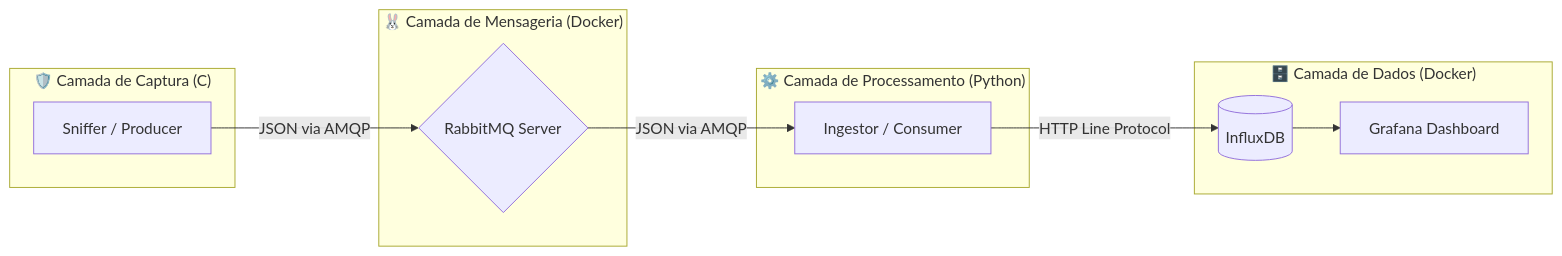
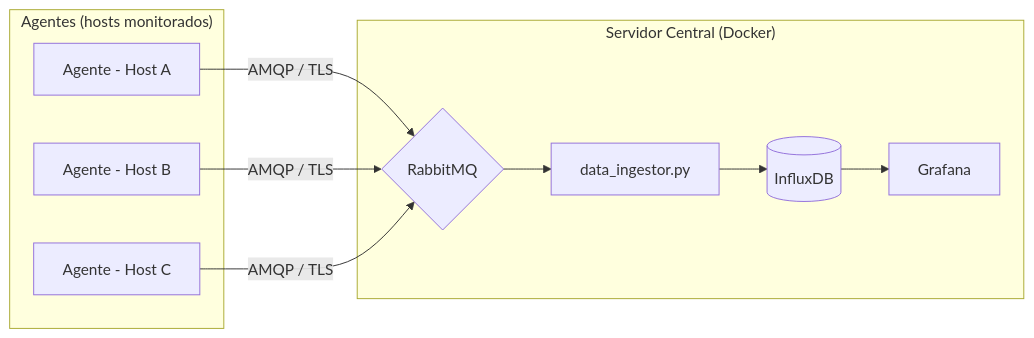
One commit to EduardoMartins-Dev/Network-Traffic-Analyzer changed the diagram in README.md. Above: the diagram before and after it, drawn with Mermaid. The commit also changed other lines of this file and 9 other files, not shown here.

First line of the commit message:
feat(v3): implement agent/server architecture with cross-platform support

````diff
--- a/README.md
+++ b/README.md
@@ -30,24 +34,22 @@
 ```mermaid
 flowchart LR
-    subgraph Capture["🛡️ Camada de Captura (C)"]
-        A[Sniffer / Producer]
+    subgraph Agents["Agentes (hosts monitorados)"]
+        A1[Agente - Host A]
+        A2[Agente - Host B]
+        A3[Agente - Host C]
     end
 
-    subgraph Broker["🐰 Camada de Mensageria (Docker)"]
-        B{RabbitMQ Server}
+    subgraph Server["Servidor Central (Docker)"]
+        B{RabbitMQ}
+        C[data_ingestor.py]
+        D[(InfluxDB)]
+        E[Grafana]
     end
 
-    subgraph Ingest["⚙️ Camada de Processamento (Python)"]
-        C[Ingestor / Consumer]
-    end
-
-    subgraph Storage["🗄️ Camada de Dados (Docker)"]
-        D[(InfluxDB)]
-        E[Grafana Dashboard]
-    end
-
-    A -->|JSON via AMQP| B
-    B -->|JSON via AMQP| C
-    C -->|HTTP Line Protocol| D
+    A1 -->|AMQP / TLS| B
+    A2 -->|AMQP / TLS| B
+    A3 -->|AMQP / TLS| B
+    B --> C
+    C --> D
     D --> E
 ```
````
